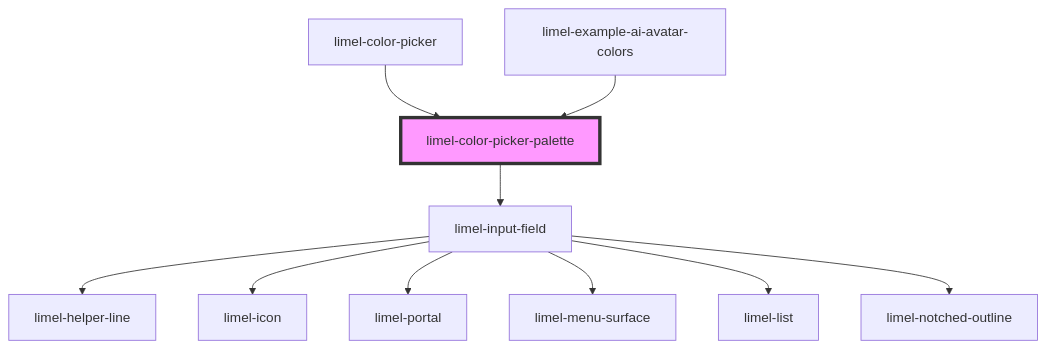
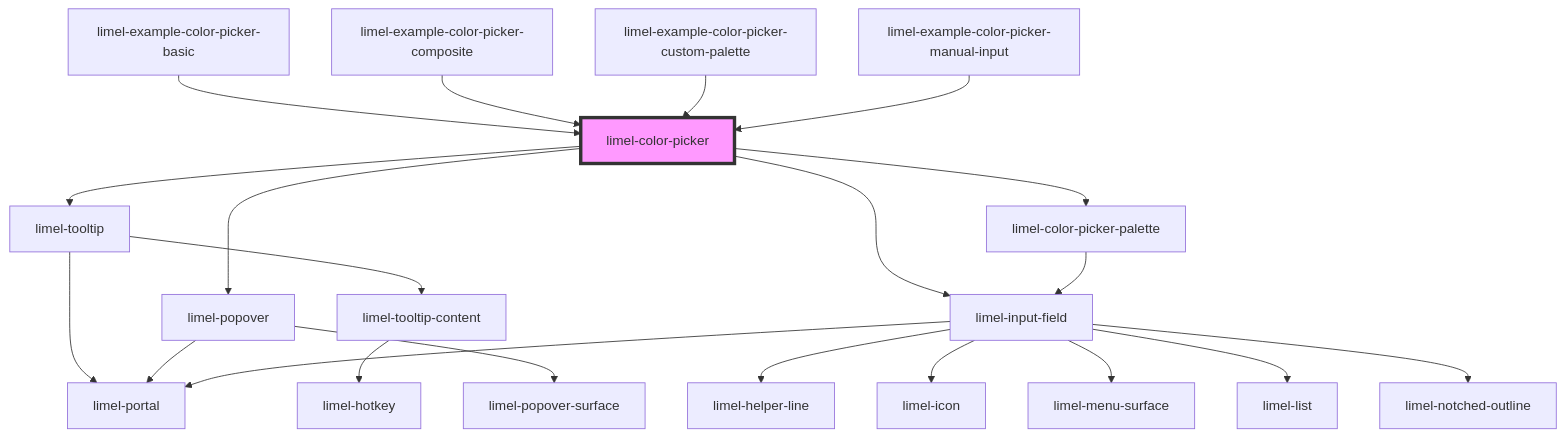
The diagram in versions/PR-4048/markdown-docs/components/color-picker/readme.md (Lundalogik/lime-elements), drawn with Mermaid before and after one commit. The commit also changed other lines of this file and 22 other files, not shown here.

````diff
--- a/versions/PR-4048/markdown-docs/components/color-picker/readme.md
+++ b/versions/PR-4048/markdown-docs/components/color-picker/readme.md
@@ -39,13 +59,24 @@
 ```mermaid
 graph TD;
+  limel-color-picker --> limel-tooltip
+  limel-color-picker --> limel-popover
+  limel-color-picker --> limel-color-picker-palette
+  limel-color-picker --> limel-input-field
+  limel-tooltip --> limel-portal
+  limel-tooltip --> limel-tooltip-content
+  limel-tooltip-content --> limel-hotkey
+  limel-popover --> limel-portal
+  limel-popover --> limel-popover-surface
   limel-color-picker-palette --> limel-input-field
   limel-input-field --> limel-helper-line
   limel-input-field --> limel-icon
   limel-input-field --> limel-portal
   limel-input-field --> limel-menu-surface
   limel-input-field --> limel-list
   limel-input-field --> limel-notched-outline
-  limel-color-picker --> limel-color-picker-palette
-  limel-example-ai-avatar-colors --> limel-color-picker-palette
-  style limel-color-picker-palette fill:#f9f,stroke:#333,stroke-width:4px
+  limel-example-color-picker-basic --> limel-color-picker
+  limel-example-color-picker-composite --> limel-color-picker
+  limel-example-color-picker-custom-palette --> limel-color-picker
+  limel-example-color-picker-manual-input --> limel-color-picker
+  style limel-color-picker fill:#f9f,stroke:#333,stroke-width:4px
 ```
````
